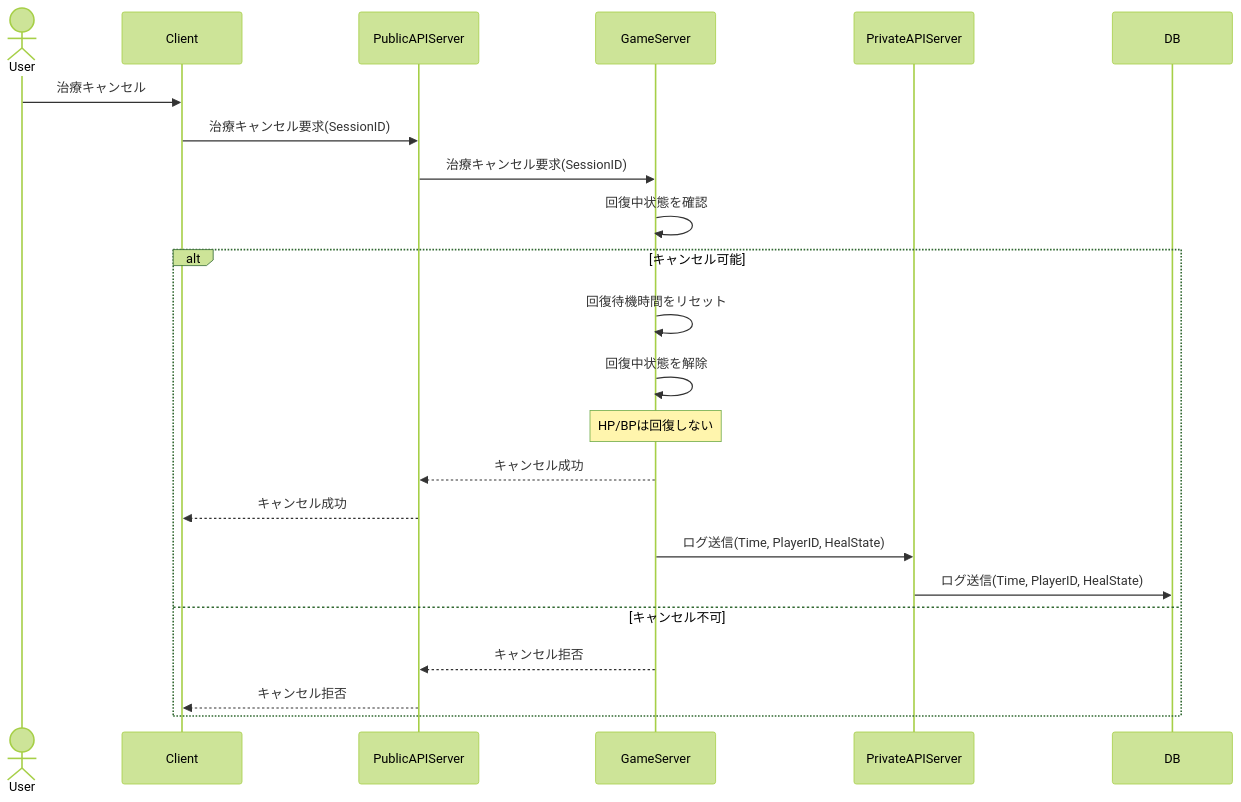
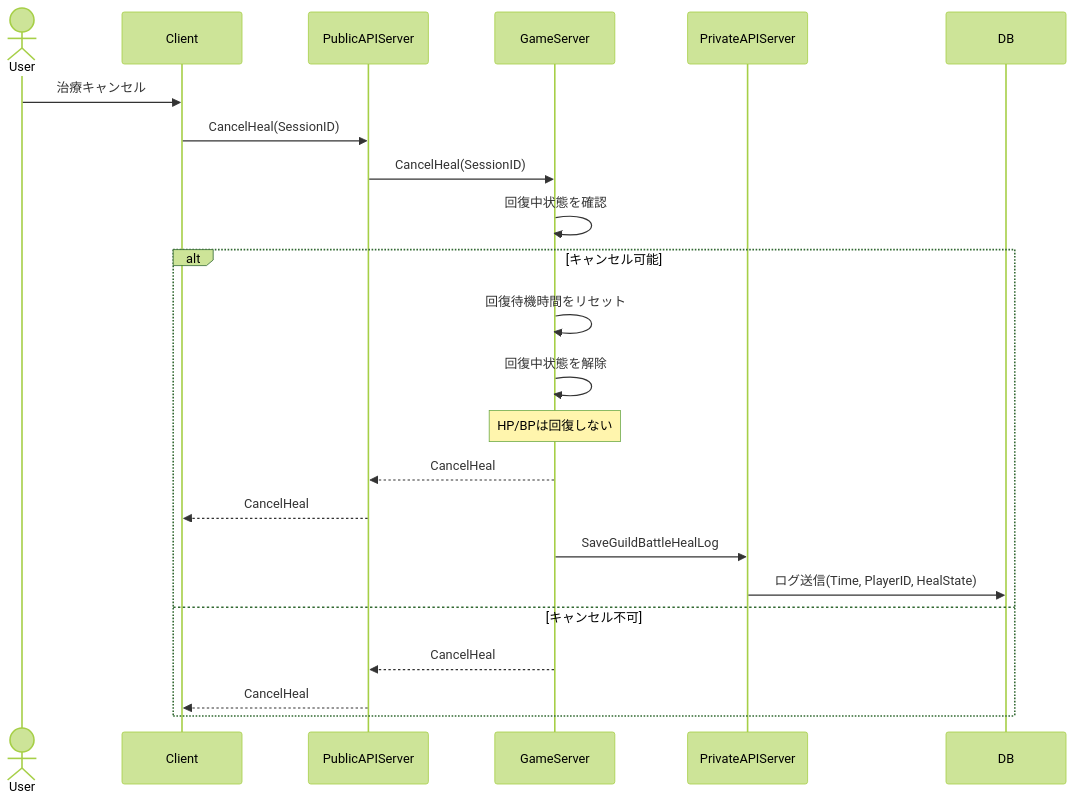
Diagram 12 of 17 in guild_battle.md (ReHydrangeaOdyssey/Specifications), drawn with Mermaid (forest theme) before and after one commit. The commit also changed other lines of this file and 15 other files, not shown here.

````diff
--- a/guild_battle.md
+++ b/guild_battle.md
@@ -817,29 +837,29 @@
 ```mermaid
 sequenceDiagram
     actor User
     participant Client
     participant PublicAPIServer
     participant GameServer
     participant PrivateAPIServer
     participant DB
 
     User->>Client: 治療キャンセル
-    Client->>PublicAPIServer: 治療キャンセル要求(SessionID)
-    PublicAPIServer->>GameServer: 治療キャンセル要求(SessionID)
+    Client->>PublicAPIServer: CancelHeal(SessionID)
+    PublicAPIServer->>GameServer: CancelHeal(SessionID)
 
     GameServer->>GameServer: 回復中状態を確認
 
     alt キャンセル可能
         GameServer->>GameServer: 回復待機時間をリセット
         GameServer->>GameServer: 回復中状態を解除
         Note over GameServer: HP/BPは回復しない
-        GameServer-->>PublicAPIServer: キャンセル成功
-        PublicAPIServer-->>Client: キャンセル成功
+        GameServer-->>PublicAPIServer: CancelHeal
+        PublicAPIServer-->>Client: CancelHeal
 
-        GameServer ->> PrivateAPIServer: ログ送信(Time, PlayerID, HealState)
+        GameServer ->> PrivateAPIServer: SaveGuildBattleHealLog
         PrivateAPIServer ->> DB: ログ送信(Time, PlayerID, HealState)
     else キャンセル不可
-        GameServer-->>PublicAPIServer: キャンセル拒否
-        PublicAPIServer-->>Client: キャンセル拒否
+        GameServer-->>PublicAPIServer: CancelHeal
+        PublicAPIServer-->>Client: CancelHeal
     end
 ```
````
